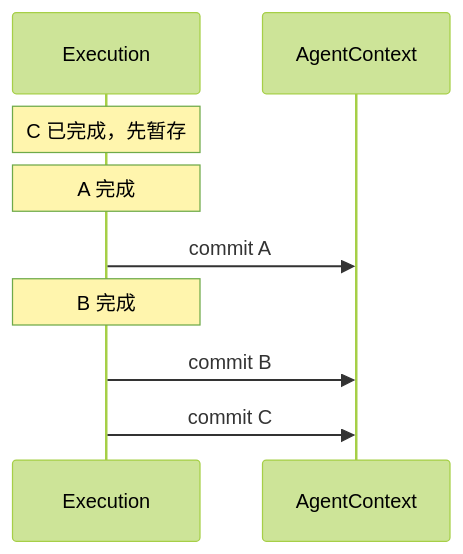
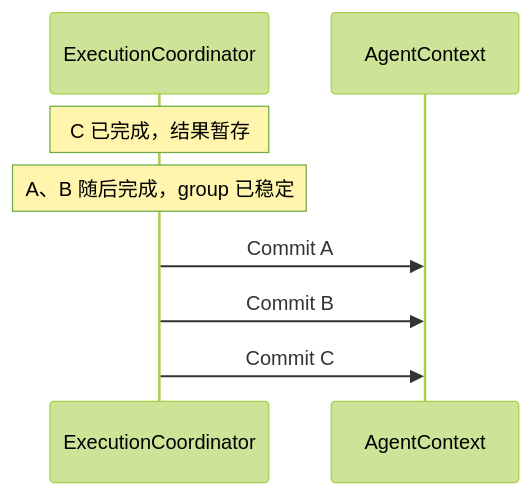
One commit to Arthur999459up/GitAgent changed the seventh of 13 diagrams in docs/06-execution-and-concurrency.md. Above: the diagram before and after it, drawn with Mermaid (forest theme). The commit also changed other lines of this file and 3 other files, not shown here.

````diff
--- a/docs/06-execution-and-concurrency.md
+++ b/docs/06-execution-and-concurrency.md
@@ -171,11 +360,11 @@
 ```mermaid
 sequenceDiagram
-    participant E as Execution
+    participant E as ExecutionCoordinator
     participant X as AgentContext
-    Note over E: C 已完成，先暂存
-    Note over E: A 完成
-    E->>X: commit A
-    Note over E: B 完成
-    E->>X: commit B
-    E->>X: commit C
+
+    Note over E: C 已完成，结果暂存
+    Note over E: A、B 随后完成，group 已稳定
+    E->>X: Commit A
+    E->>X: Commit B
+    E->>X: Commit C
 ```
````
